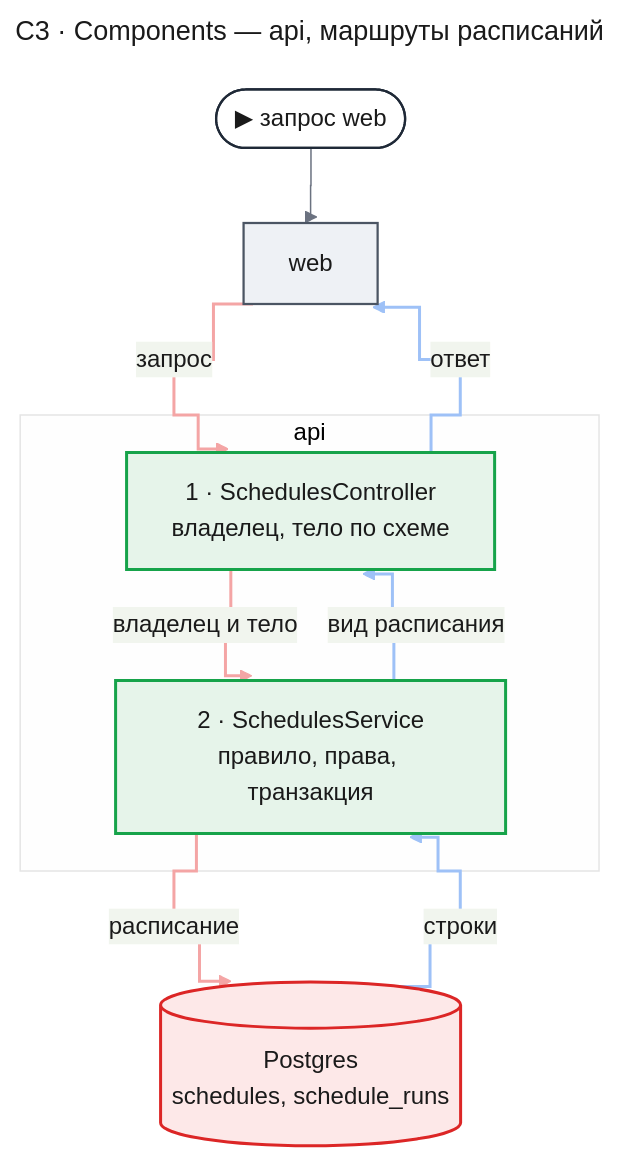
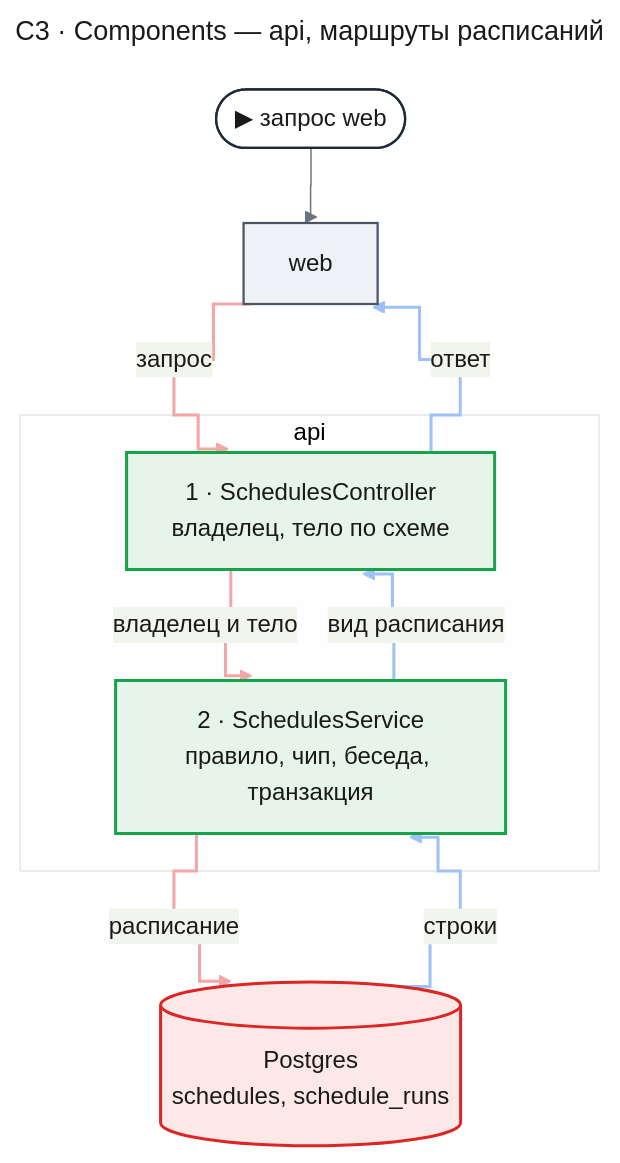
One commit to tundraray/agent-os changed the third of 7 diagrams in docs/features/schedules-search-memory/design-schedules.md. Above: the diagram before and after it, drawn with Mermaid. The commit also changed other lines of this file and 10 other files, not shown here.

````diff
--- a/docs/features/schedules-search-memory/design-schedules.md
+++ b/docs/features/schedules-search-memory/design-schedules.md
@@ -298,53 +295,53 @@
 ```mermaid
 ---
 title: "C3 · Components — api, маршруты расписаний"
 config:
   theme: base
   look: classic
   themeVariables:
     primaryColor: "#eef1f5"
     primaryBorderColor: "#4b5563"
     primaryTextColor: "#1a1a1a"
     lineColor: "#6b7280"
   flowchart:
     curve: step
   themeCSS: |
     @keyframes lit_c3r{0%,15%{stroke:#991b1b;stroke-width:6px}16.67%,100%{stroke:#f4a5a5;stroke-width:2px}}
     @keyframes litr_c3r{0%,15%{stroke:#1d4ed8;stroke-width:6px}16.67%,100%{stroke:#9ec1f7;stroke-width:2px}}
 ---
 flowchart TB
     entry(["▶ запрос web"])
     web["web"]
     subgraph api["api"]
         ctl["1 · SchedulesController<br/>владелец, тело по схеме"]
-        svc["2 · SchedulesService<br/>правило, права, транзакция"]
+        svc["2 · SchedulesService<br/>правило, чип, беседа, транзакция"]
     end
     db[("Postgres<br/>schedules, schedule_runs")]
     entry --> web
     web e1@-->|"запрос"| ctl
     ctl e2@-->|"владелец и тело"| svc
     svc e3@-->|"расписание"| db
     db e4@-->|"строки"| svc
     svc e5@-->|"вид расписания"| ctl
     ctl e6@-->|"ответ"| web
     classDef entry fill:#ffffff,stroke:#1f2937,stroke-width:1.5px,color:#1a1a1a
     classDef new fill:#e6f4ea,stroke:#16a34a,stroke-width:2px,color:#1a1a1a
     classDef changed fill:#fde8e8,stroke:#dc2626,stroke-width:2px,color:#1a1a1a
     classDef unchanged fill:#eef1f5,stroke:#4b5563,stroke-width:1.5px,color:#1a1a1a
     classDef w1 stroke:#f4a5a5,stroke-width:2px,animation:lit_c3r 7.2s linear 0s infinite
     classDef w2 stroke:#f4a5a5,stroke-width:2px,animation:lit_c3r 7.2s linear 1.2s infinite
     classDef w3 stroke:#f4a5a5,stroke-width:2px,animation:lit_c3r 7.2s linear 2.4s infinite
     classDef r4 stroke:#9ec1f7,stroke-width:2px,animation:litr_c3r 7.2s linear 3.6s infinite
     classDef r5 stroke:#9ec1f7,stroke-width:2px,animation:litr_c3r 7.2s linear 4.8s infinite
     classDef r6 stroke:#9ec1f7,stroke-width:2px,animation:litr_c3r 7.2s linear 6s infinite
     class entry entry
     class ctl,svc new
     class web unchanged
     class db changed
     class e1 w1
     class e2 w2
     class e3 w3
     class e4 r4
     class e5 r5
     class e6 r6
 ```
````
